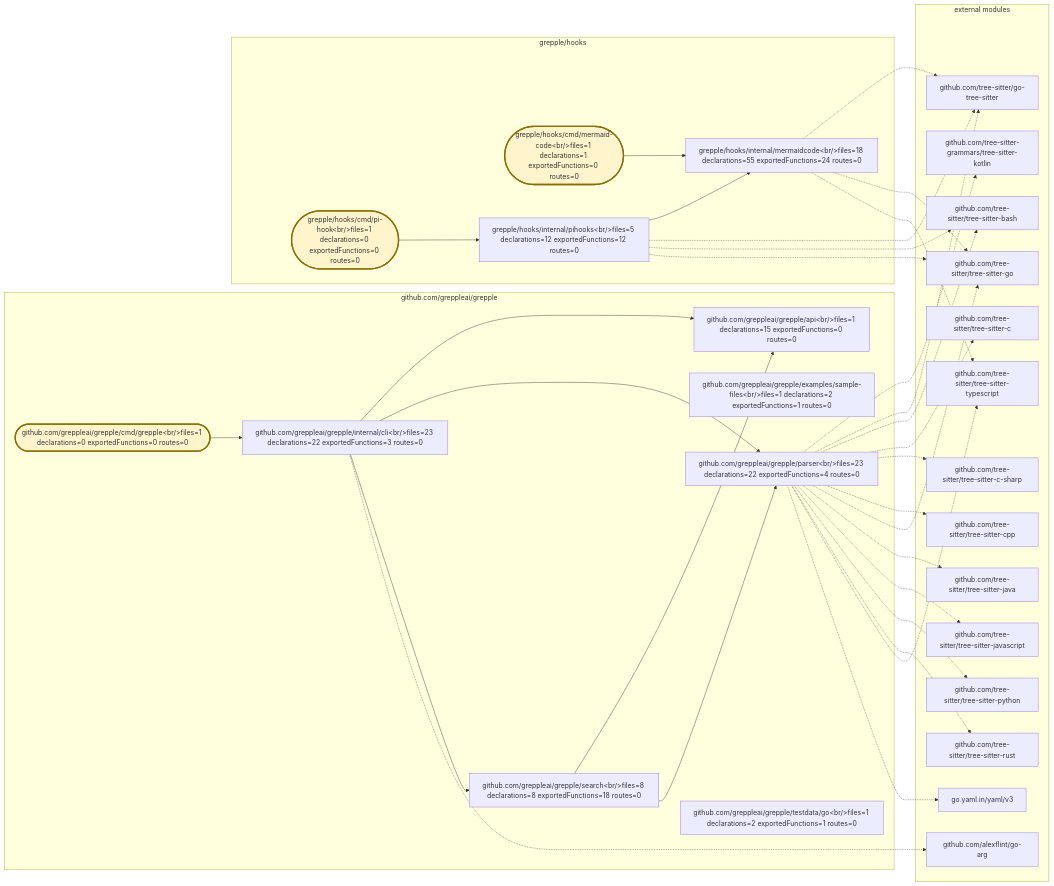
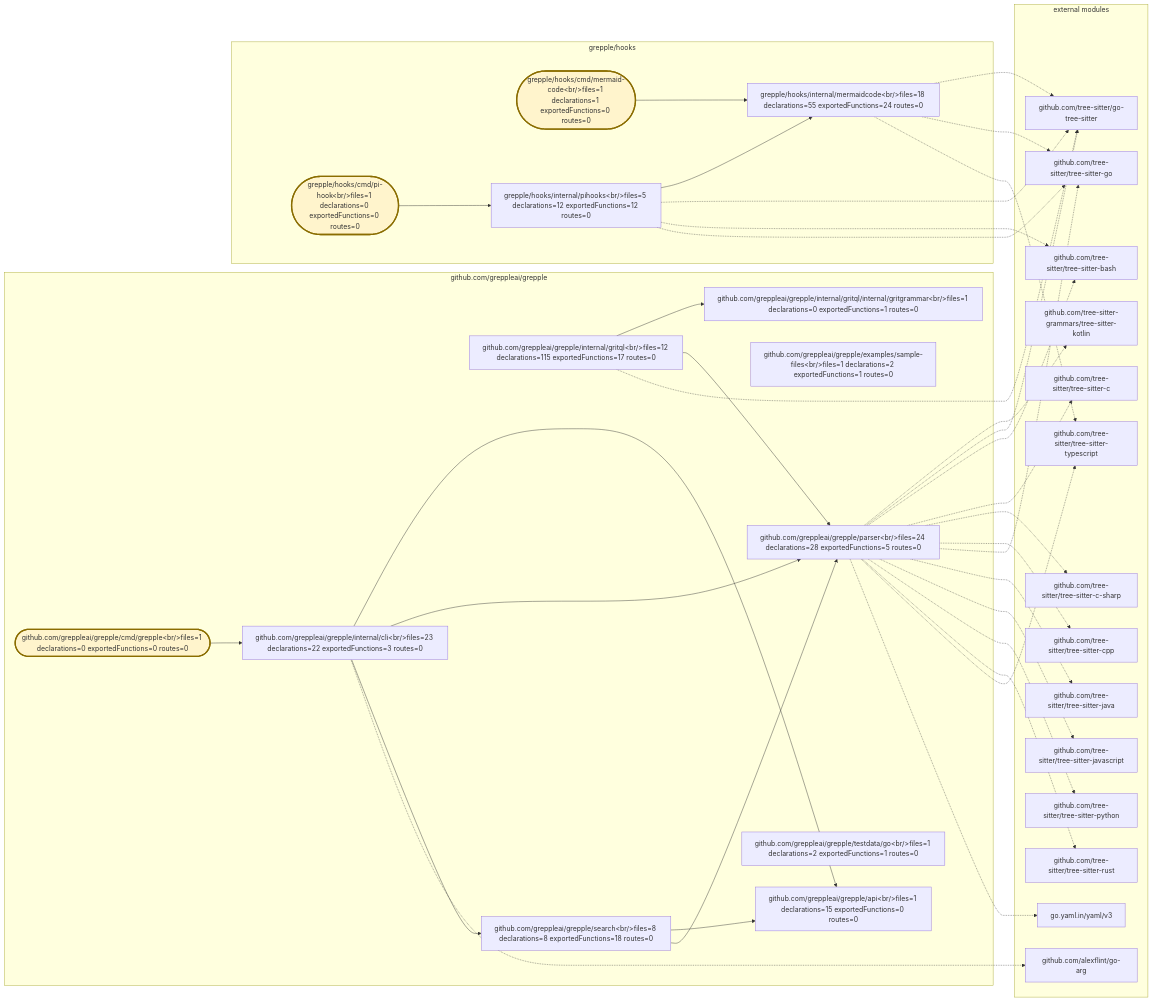
The diagram in .grepple/project.workspace/overview.mmd (greppleai/grepple), drawn with Mermaid before and after one commit. The commit also changed 52 other files, not shown here.

```diff
--- a/.grepple/project.workspace/overview.mmd
+++ b/.grepple/project.workspace/overview.mmd
@@ -1,65 +1,70 @@
 flowchart LR
     classDef entrypoint fill:#fff4cc,stroke:#8a6d00,stroke-width:3px
     subgraph module_0["github.com/greppleai/grepple"]
         package_0["github.com/greppleai/grepple/api&lt;br/&gt;files=1 declarations=15 exportedFunctions=0 routes=0"]
         package_1(["github.com/greppleai/grepple/cmd/grepple&lt;br/&gt;files=1 declarations=0 exportedFunctions=0 routes=0"])
         class package_1 entrypoint
         package_2["github.com/greppleai/grepple/examples/sample-files&lt;br/&gt;files=1 declarations=2 exportedFunctions=1 routes=0"]
         package_3["github.com/greppleai/grepple/internal/cli&lt;br/&gt;files=23 declarations=22 exportedFunctions=3 routes=0"]
-        package_4["github.com/greppleai/grepple/parser&lt;br/&gt;files=23 declarations=22 exportedFunctions=4 routes=0"]
-        package_5["github.com/greppleai/grepple/search&lt;br/&gt;files=8 declarations=8 exportedFunctions=18 routes=0"]
-        package_6["github.com/greppleai/grepple/testdata/go&lt;br/&gt;files=1 declarations=2 exportedFunctions=1 routes=0"]
+        package_4["github.com/greppleai/grepple/internal/gritql&lt;br/&gt;files=12 declarations=115 exportedFunctions=17 routes=0"]
+        package_5["github.com/greppleai/grepple/internal/gritql/internal/gritgrammar&lt;br/&gt;files=1 declarations=0 exportedFunctions=1 routes=0"]
+        package_6["github.com/greppleai/grepple/parser&lt;br/&gt;files=24 declarations=28 exportedFunctions=5 routes=0"]
+        package_7["github.com/greppleai/grepple/search&lt;br/&gt;files=8 declarations=8 exportedFunctions=18 routes=0"]
+        package_8["github.com/greppleai/grepple/testdata/go&lt;br/&gt;files=1 declarations=2 exportedFunctions=1 routes=0"]
     end
     subgraph module_1["grepple/hooks"]
-        package_7(["grepple/hooks/cmd/mermaid-code&lt;br/&gt;files=1 declarations=1 exportedFunctions=0 routes=0"])
-        class package_7 entrypoint
-        package_8(["grepple/hooks/cmd/pi-hook&lt;br/&gt;files=1 declarations=0 exportedFunctions=0 routes=0"])
-        class package_8 entrypoint
-        package_9["grepple/hooks/internal/mermaidcode&lt;br/&gt;files=18 declarations=55 exportedFunctions=24 routes=0"]
-        package_10["grepple/hooks/internal/pihooks&lt;br/&gt;files=5 declarations=12 exportedFunctions=12 routes=0"]
+        package_9(["grepple/hooks/cmd/mermaid-code&lt;br/&gt;files=1 declarations=1 exportedFunctions=0 routes=0"])
+        class package_9 entrypoint
+        package_10(["grepple/hooks/cmd/pi-hook&lt;br/&gt;files=1 declarations=0 exportedFunctions=0 routes=0"])
+        class package_10 entrypoint
+        package_11["grepple/hooks/internal/mermaidcode&lt;br/&gt;files=18 declarations=55 exportedFunctions=24 routes=0"]
+        package_12["grepple/hooks/internal/pihooks&lt;br/&gt;files=5 declarations=12 exportedFunctions=12 routes=0"]
     end
     package_1 --> package_3
     package_3 --> package_0
-    package_3 --> package_4
-    package_3 --> package_5
-    package_5 --> package_0
-    package_5 --> package_4
-    package_7 --> package_9
-    package_8 --> package_10
-    package_10 --> package_9
+    package_3 --> package_6
+    package_3 --> package_7
+    package_4 --> package_5
+    package_4 --> package_6
+    package_7 --> package_0
+    package_7 --> package_6
+    package_9 --> package_11
+    package_10 --> package_12
+    package_12 --> package_11
     subgraph external_dependencies["external modules"]
         external_0["github.com/alexflint/go-arg"]
         external_1["github.com/tree-sitter-grammars/tree-sitter-kotlin"]
         external_2["github.com/tree-sitter/go-tree-sitter"]
         external_3["github.com/tree-sitter/tree-sitter-bash"]
         external_4["github.com/tree-sitter/tree-sitter-c"]
         external_5["github.com/tree-sitter/tree-sitter-c-sharp"]
         external_6["github.com/tree-sitter/tree-sitter-cpp"]
         external_7["github.com/tree-sitter/tree-sitter-go"]
         external_8["github.com/tree-sitter/tree-sitter-java"]
         external_9["github.com/tree-sitter/tree-sitter-javascript"]
         external_10["github.com/tree-sitter/tree-sitter-python"]
         external_11["github.com/tree-sitter/tree-sitter-rust"]
         external_12["github.com/tree-sitter/tree-sitter-typescript"]
         external_13["go.yaml.in/yaml/v3"]
     end
     package_3 -.-> external_0
-    package_4 -.-> external_1
+    package_6 -.-> external_1
     package_4 -.-> external_2
-    package_9 -.-> external_2
-    package_10 -.-> external_2
-    package_4 -.-> external_3
-    package_10 -.-> external_3
-    package_4 -.-> external_4
-    package_4 -.-> external_5
-    package_4 -.-> external_6
-    package_4 -.-> external_7
-    package_9 -.-> external_7
-    package_10 -.-> external_7
-    package_4 -.-> external_8
-    package_4 -.-> external_9
-    package_4 -.-> external_10
-    package_4 -.-> external_11
-    package_4 -.-> external_12
-    package_9 -.-> external_12
-    package_4 -.-> external_13
+    package_6 -.-> external_2
+    package_11 -.-> external_2
+    package_12 -.-> external_2
+    package_6 -.-> external_3
+    package_12 -.-> external_3
+    package_6 -.-> external_4
+    package_6 -.-> external_5
+    package_6 -.-> external_6
+    package_6 -.-> external_7
+    package_11 -.-> external_7
+    package_12 -.-> external_7
+    package_6 -.-> external_8
+    package_6 -.-> external_9
+    package_6 -.-> external_10
+    package_6 -.-> external_11
+    package_6 -.-> external_12
+    package_11 -.-> external_12
+    package_6 -.-> external_13
```
